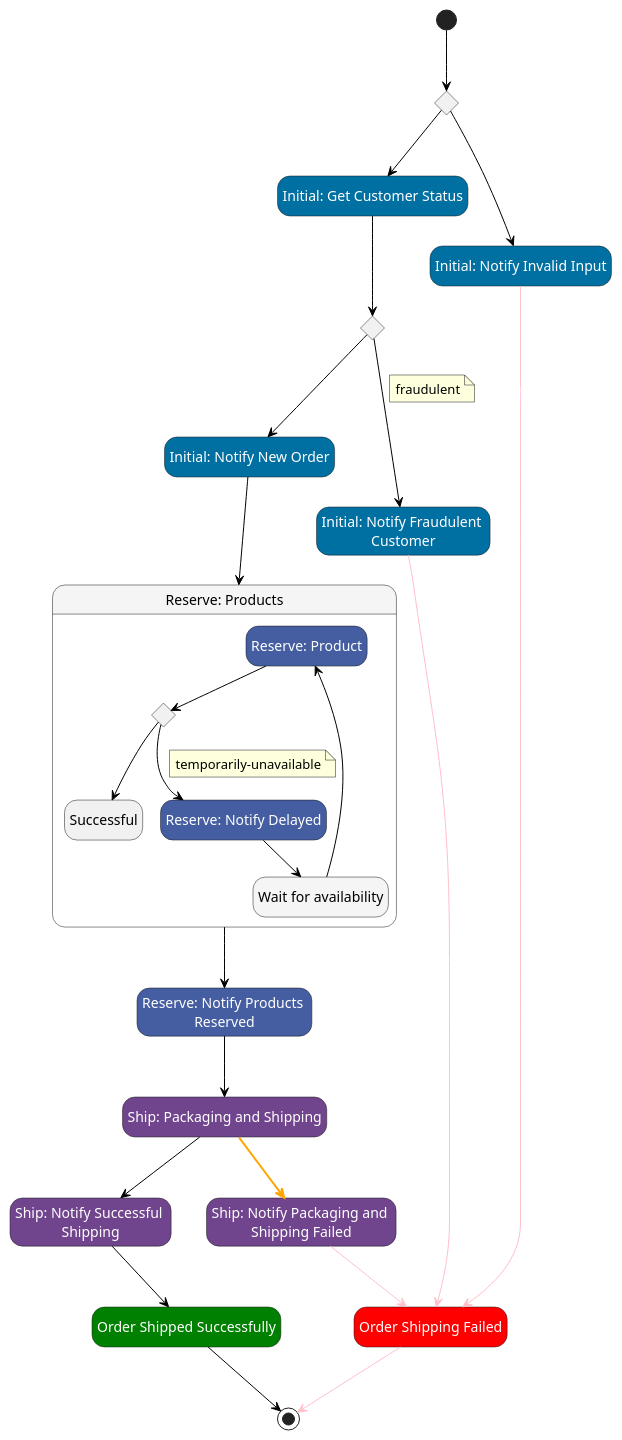
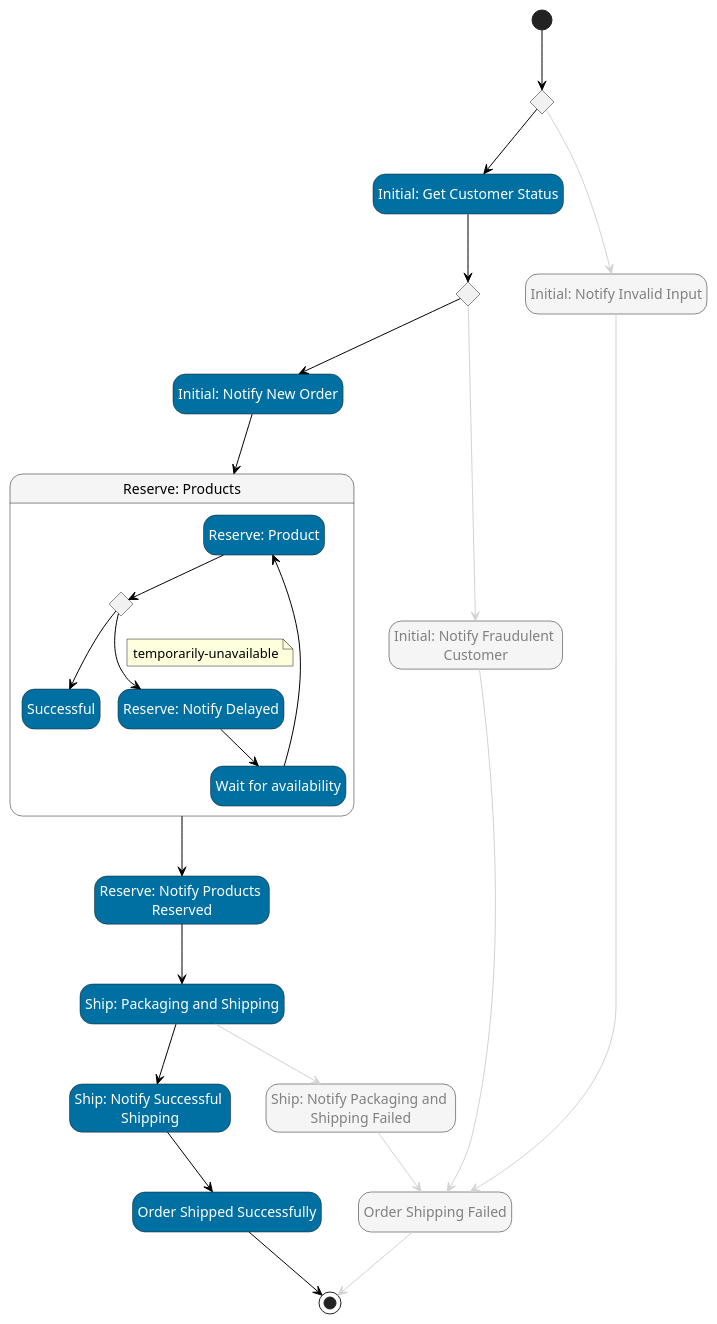
The diagram in src/__tests__/pumls/aws-example-ship-order.asl.puml (massfords/asl-puml), drawn with PlantUML before and after one commit. The commit also changed 8 other files, not shown here.

```diff
--- a/src/__tests__/pumls/aws-example-ship-order.asl.puml
+++ b/src/__tests__/pumls/aws-example-ship-order.asl.puml
@@ -1,77 +1,92 @@
 @startuml
 hide empty description
 skinparam ArrowColor #black
 skinparam state {
 
     BackgroundColor<<Choice>> #whitesmoke
     FontColor<<Choice>> automatic
 
     BackgroundColor<<aslFail>> #red
     FontColor<<aslFail>> automatic
 
     BackgroundColor<<aslMap>> #whitesmoke
 
     BackgroundColor<<aslSucceed>> #green
     FontColor<<aslSucceed>> automatic
 
     BackgroundColor<<aslTask>> #lightblue
     FontColor<<aslTask>> automatic
 
     BackgroundColor<<aslWait>> #whitesmoke
     FontColor<<aslWait>> automatic
     BackgroundColor<<Compensate>> #orange
     FontColor<<CustomStyle0>> automatic
     BackgroundColor<<CustomStyle0>> #0070a3
     FontColor<<CustomStyle1>> automatic
-    BackgroundColor<<CustomStyle1>> #455ea1
+    BackgroundColor<<CustomStyle1>> #0070a3
     FontColor<<CustomStyle2>> automatic
-    BackgroundColor<<CustomStyle2>> #70458d
+    BackgroundColor<<CustomStyle2>> #0070a3
+    FontColor<<CustomStyle3>> automatic
+    BackgroundColor<<CustomStyle3>> #0070a3
+    FontColor<<CustomStyle4>> automatic
+    BackgroundColor<<CustomStyle4>> #0070a3
+    FontColor<<CustomStyle5>> automatic
+    BackgroundColor<<CustomStyle5>> #0070a3
+    FontColor<<CustomStyle6>> automatic
+    BackgroundColor<<CustomStyle6>> #0070a3
+    FontColor<<CustomStyle7>> automatic
+    BackgroundColor<<CustomStyle7>> #0070a3
+    FontColor<<CustomStyle8>> automatic
+    BackgroundColor<<CustomStyle8>> #0070a3
+    FontColor<<CustomStyle9>> automatic
+    BackgroundColor<<CustomStyle9>> #0070a3
+    FontColor<<CustomStyle10>> automatic
+    BackgroundColor<<CustomStyle10>> #0070a3
+    FontColor<<CustomStyle11>> gray
+    BackgroundColor<<CustomStyle11>> #whitesmoke
 }
 state "Initial: Validate Input" as state1<<Choice>>
 state "Initial: Get Customer Status" as state2<<CustomStyle0>>
 state "Do Fraud Check" as state3<<Choice>>
-state "Initial: Notify New Order" as state4<<CustomStyle0>>
+state "Initial: Notify New Order" as state4<<CustomStyle1>>
 state "Reserve: Products" as state5<<aslMap>> {
-state "Reserve: Product" as state14<<CustomStyle1>>
+state "Reserve: Product" as state14<<CustomStyle3>>
 state "Choice" as state15<<Choice>>
-state "Successful" as state16<<aslSucceedLocal>>
-state "Reserve: Notify Delayed" as state17<<CustomStyle1>>
-state "Wait for availability" as state18<<aslWait>>
+state "Successful" as state16<<CustomStyle5>>
+state "Reserve: Notify Delayed" as state17<<CustomStyle6>>
+state "Wait for availability" as state18<<CustomStyle4>>
 }
-state "Reserve: Notify Products \nReserved" as state6<<CustomStyle1>>
-state "Ship: Packaging and Shipping" as state7<<CustomStyle2>>
-state "Ship: Notify Successful \nShipping" as state8<<CustomStyle2>>
-state "Ship: Notify Packaging and \nShipping Failed" as state9<<CustomStyle2>>
-state "Initial: Notify Fraudulent \nCustomer" as state10<<CustomStyle0>>
-state "Order Shipping Failed" as state11<<aslFail>>
-state "Order Shipped Successfully" as state12<<aslSucceed>>
-state "Initial: Notify Invalid Input" as state13<<CustomStyle0>>
+state "Reserve: Notify Products \nReserved" as state6<<CustomStyle7>>
+state "Ship: Packaging and Shipping" as state7<<CustomStyle8>>
+state "Ship: Notify Successful \nShipping" as state8<<CustomStyle9>>
+state "Ship: Notify Packaging and \nShipping Failed" as state9<<CustomStyle11>>
+state "Initial: Notify Fraudulent \nCustomer" as state10<<CustomStyle11>>
+state "Order Shipping Failed" as state11<<CustomStyle11>>
+state "Order Shipped Successfully" as state12<<CustomStyle10>>
+state "Initial: Notify Invalid Input" as state13<<CustomStyle11>>
 [*] --> state1
-state1 --> state13
+state1 -[#lightgray]-> state13
 state1 --> state2
 state2 --> state3
-state3 --> state10
-note on link
-fraudulent
-end note
+state3 -[#lightgray]-> state10
 state3 --> state4
 state4 --> state5
 state5 --> state6
 state6 --> state7
 state7 --> state8
-state7 -[bold,#orange]-> state9
+state7 -[#lightgray]-> state9
 state8 --> state12
-state9 -[#pink]-> state11
-state10 -[#pink]-> state11
-state11 -[#pink]-> [*]
+state9 -[#lightgray]-> state11
+state10 -[#lightgray]-> state11
+state11 -[#lightgray]-> [*]
 state12 --> [*]
-state13 -[#pink]-> state11
+state13 -[#lightgray]-> state11
 state14 --> state15
 state15 --> state17
 note on link
 temporarily-unavailable
 end note
 state15 --> state16
 state17 --> state18
 state18 --> state14
 @enduml
```
